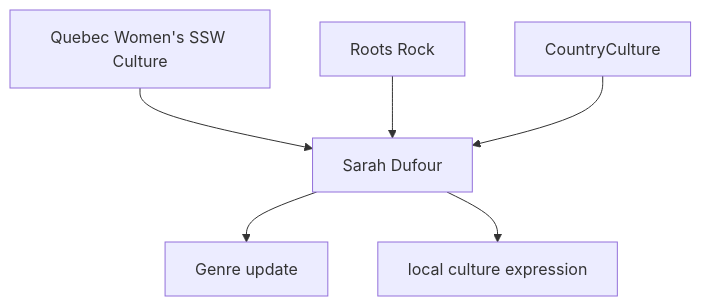
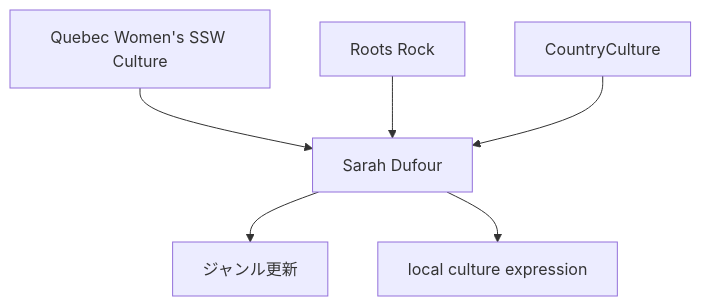
Before and after one commit to monumental-movement/monumental-movement.github.io: the sixth of 9 diagrams in en/_posts/2026-05-09-column-sarah-dufour.md, drawn with Mermaid. The commit also changed other lines of this file and 1012 other files, not shown here.

```diff
--- a/en/_posts/2026-05-09-column-sarah-dufour.md
+++ b/en/_posts/2026-05-09-column-sarah-dufour.md
@@ -257,9 +257,9 @@
 <div class="mermaid">
 graph TD
 A[Quebec Women's SSW Culture] --> D[Sarah Dufour]
 B[Roots Rock] --> D
 C[CountryCulture] --> D
 
-D --> E[Genre update]
+D --> E[ジャンル更新]
 D --> F[local culture expression]
 </div>
```
